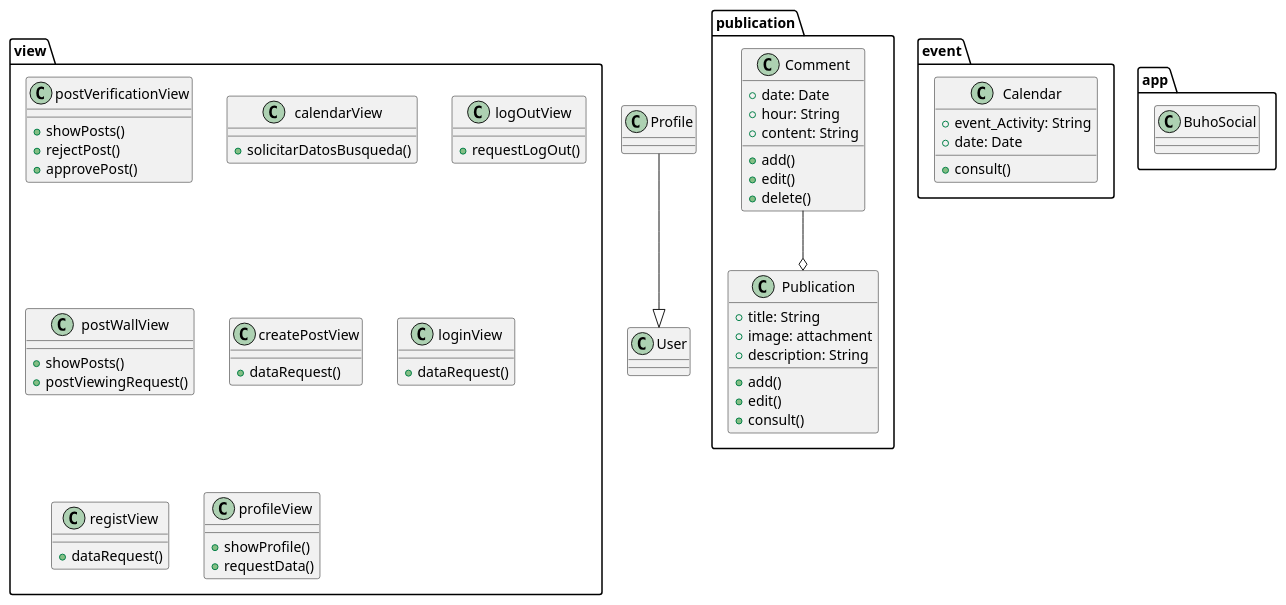
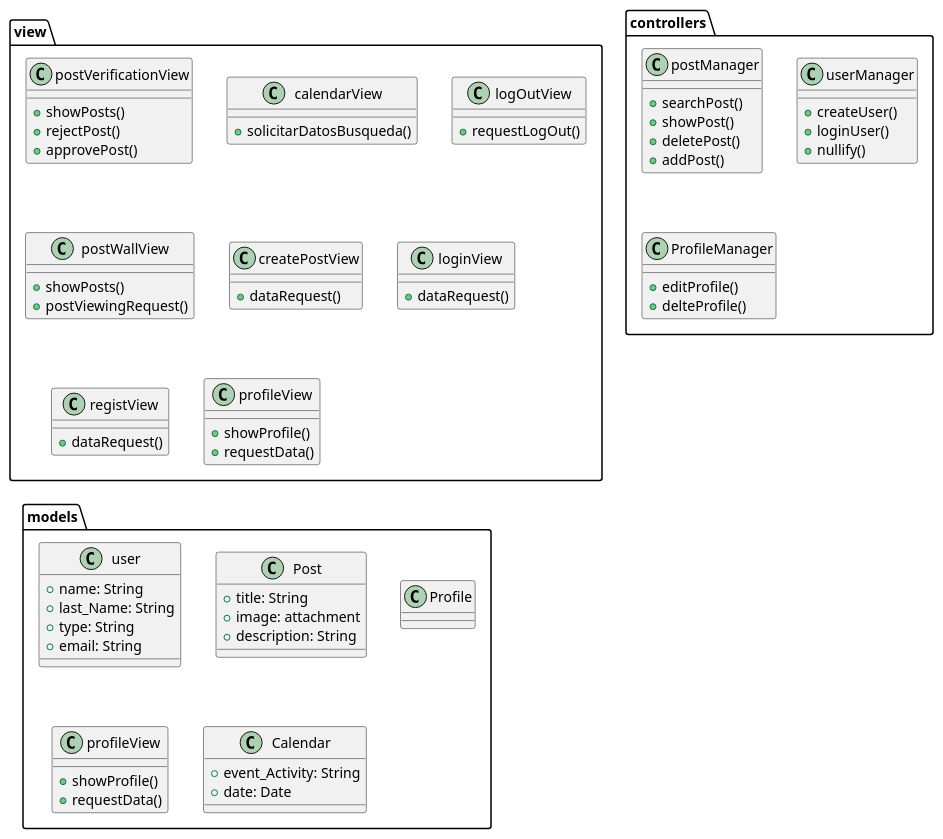
The diagram in docs/scenariosView/packageDiagramDescreption.plantuml (Dayannis-07/ING_SOFT), drawn with PlantUML before and after one commit. The commit also changed 4 other files, not shown here.

Commit message:
update diagram reto 12

```diff
--- a/docs/scenariosView/packageDiagramDescreption.plantuml
+++ b/docs/scenariosView/packageDiagramDescreption.plantuml
@@ -1,71 +1,79 @@
 @startuml packageDiagramDescription
 
 allowmixing
 
 package view <<Folder>> {
     class postVerificationView{
         +showPosts()
         +rejectPost()
         +approvePost()
     }
     class calendarView{
         +solicitarDatosBusqueda()
     }
 
     class logOutView{
         +requestLogOut()
     }
     class postWallView{
         +showPosts()
         +postViewingRequest()
     }
     class createPostView{
         +dataRequest()
     }
     class loginView{
         +dataRequest()
     }
     class registView{
         +dataRequest()
     }
     class profileView{
         +showProfile()
         +requestData()
     }
 }
 
-package publication <<Folder>> {
-    class Publication{
+package controllers <<Folder>> {
+    class postManager{
+        +searchPost()
+        +showPost()
+        +deletePost()
+        +addPost()
+    }
+    class userManager{
+        +createUser()
+        +loginUser()
+        +nullify()
+    }
+    class ProfileManager{
+        +editProfile()
+        +delteProfile()
+    }
+}
+
+package models <<Folder>> {
+    class user{
+        +name: String
+        +last_Name: String
+        +type: String
+        +email: String
+    }
+    class Post{
         +title: String
         +image: attachment
         +description: String
-        +add()
-        +edit()
-        +consult()
     }
-    class Comment{
+    class Profile{}
+    class profileView{
+        +showProfile()
+        +requestData()
+    }
+    class Calendar{
+        +event_Activity: String
         +date: Date
-        +hour: String
-        +content: String
-        +add()
-        +edit()
-        +delete()
     }
 }
 
-package event <<Folder>> {
-    class Calendar{
-        +event_Activity: String
-        +date: Date
-        +consult()
-    }
-}
-
-package app <<Folder>> {
-    class BuhoSocial{}
-}
-
-Profile --|> User
-Comment --o Publication
 
 @enduml
```
